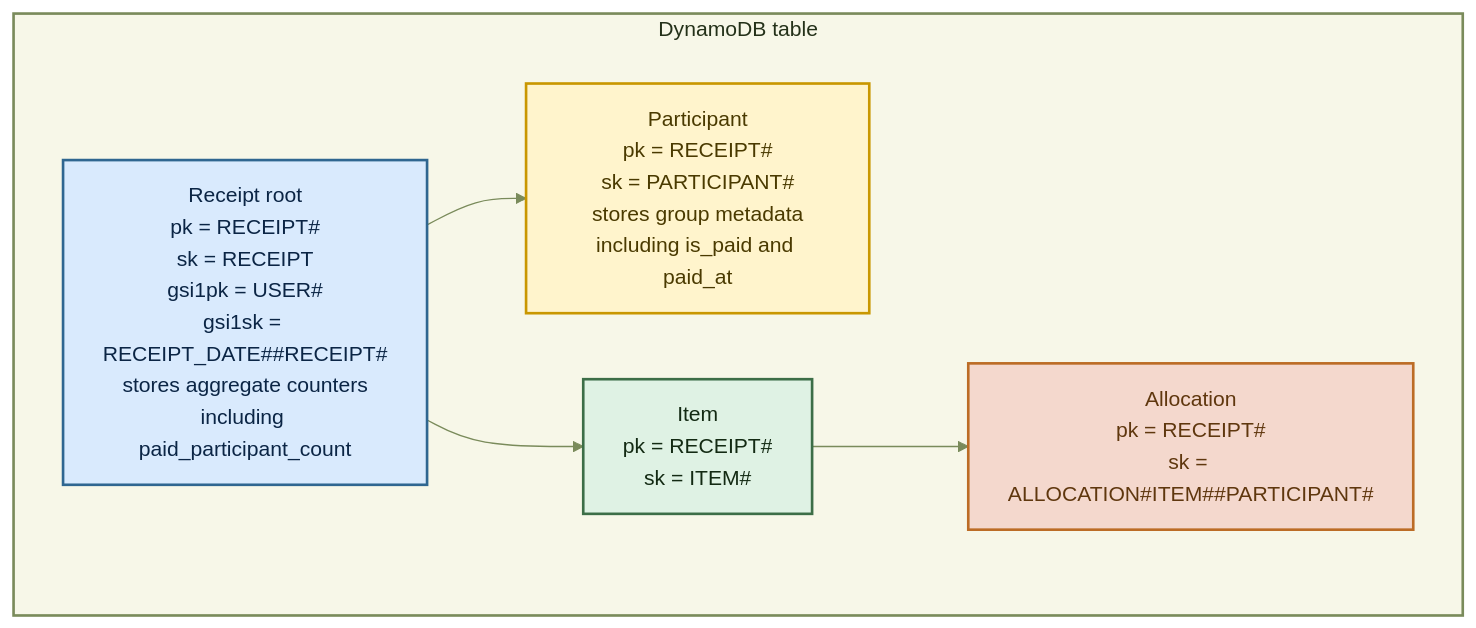
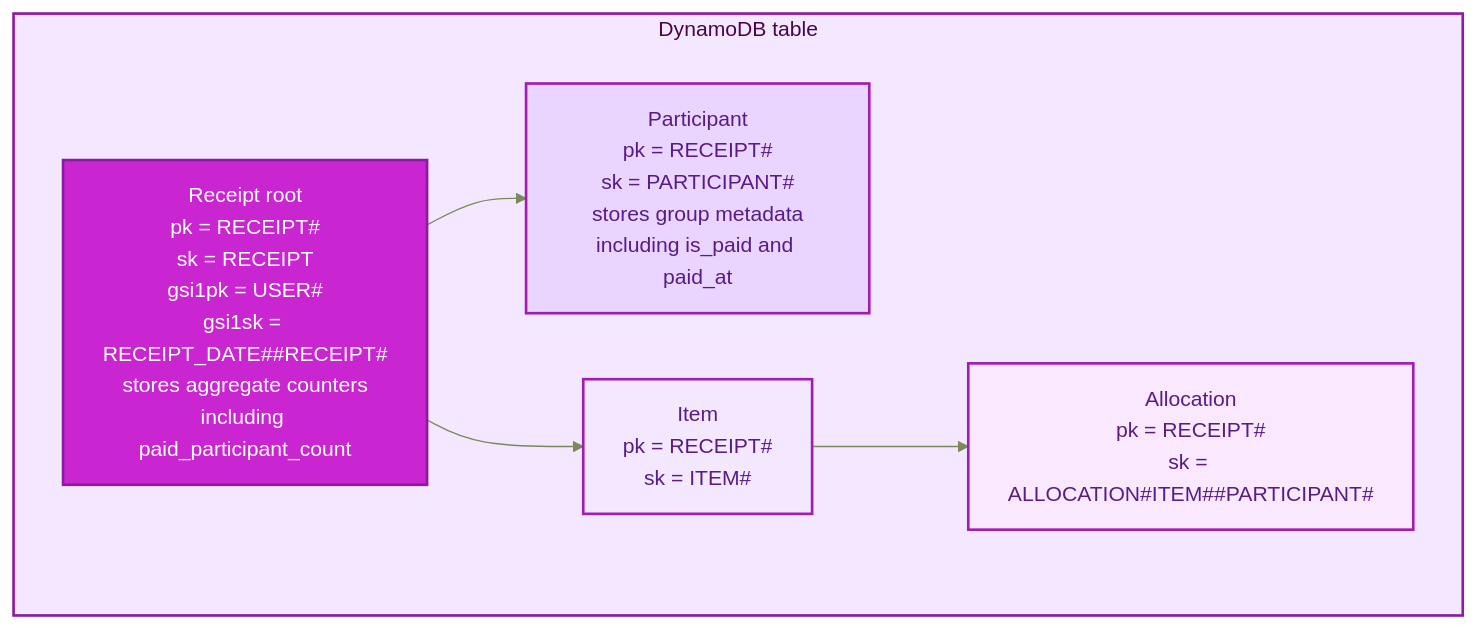
The third of 5 diagrams in infra/modules/receipt-api/README.md (reiganarmstrong/check-split-mono), drawn with Mermaid before and after one commit. The commit also changed other lines of this file and 9 other files, not shown here.

First line of the commit message:
docs(readme): align architecture diagrams and hosting docs

````diff
--- a/infra/modules/receipt-api/README.md
+++ b/infra/modules/receipt-api/README.md
@@ -121,49 +118,49 @@
 ```mermaid
 ---
 config:
   theme: base
   themeVariables:
     primaryColor: "#F8F5E9"
     primaryTextColor: "#1F2933"
     primaryBorderColor: "#556B2F"
     lineColor: "#7A8B5B"
     secondaryColor: "#E6F4EA"
     tertiaryColor: "#E8EEF9"
 ---
 flowchart TB
   subgraph T["DynamoDB table"]
     RR["Receipt root
 pk = RECEIPT#<receipt_id>
 sk = RECEIPT
 gsi1pk = USER#<owner_user_id>
 gsi1sk = RECEIPT_DATE#<receipt_occurred_at>#RECEIPT#<receipt_id>
 stores aggregate counters
 including paid_participant_count"]
     RP["Participant
 pk = RECEIPT#<receipt_id>
 sk = PARTICIPANT#<participant_id>
 stores group metadata
 including is_paid and paid_at"]
     RI["Item
 pk = RECEIPT#<receipt_id>
 sk = ITEM#<item_id>"]
     RA["Allocation
 pk = RECEIPT#<receipt_id>
 sk = ALLOCATION#ITEM#<item_id>#PARTICIPANT#<participant_id>"]
   end
 
   RR --> RP
   RR --> RI
   RI --> RA
 
-  style T fill:#F7F7E8,stroke:#7A8B5B,stroke-width:2px,color:#243119
-  classDef root fill:#D9EAFD,stroke:#2F6690,color:#0B2545,stroke-width:2px;
-  classDef participant fill:#FFF4CC,stroke:#C99700,color:#4A3A00,stroke-width:2px;
-  classDef item fill:#DFF2E4,stroke:#3C6E47,color:#132A13,stroke-width:2px;
-  classDef allocation fill:#F4D8CD,stroke:#BC6C25,color:#5F370E,stroke-width:2px;
+  style T fill:#F3E8FF,stroke:#8E1AA1,stroke-width:2px,color:#4A044E
+  classDef root fill:#C925D1,stroke:#8E1AA1,color:#FFFFFF,stroke-width:2px;
+  classDef participant fill:#E9D5FF,stroke:#A21CAF,color:#581C87,stroke-width:2px;
+  classDef item fill:#F3E8FF,stroke:#A21CAF,color:#581C87,stroke-width:2px;
+  classDef allocation fill:#FAE8FF,stroke:#A21CAF,color:#581C87,stroke-width:2px;
 
   class RR root;
   class RP participant;
   class RI item;
   class RA allocation;
 ```
````
